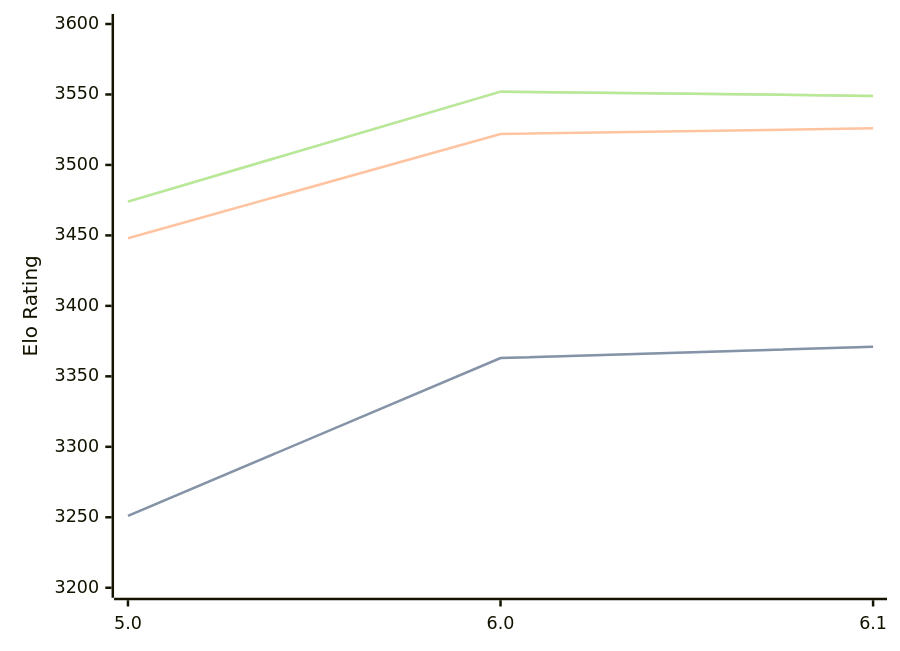
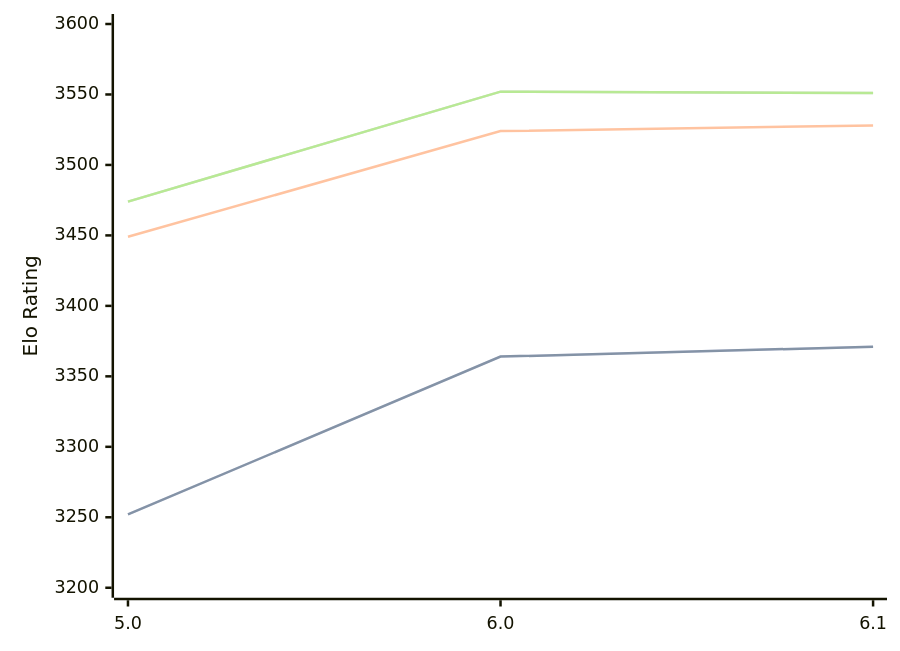
The diagram in engines/Starzix.md (computer-chess-index/cci), drawn with Mermaid before and after one commit. The commit also changed other lines of this file, not shown here.

Commit message:
Update CCI Ratings (ELO VLTC) - 2026-05-01

````diff
--- a/engines/Starzix.md
+++ b/engines/Starzix.md
@@ -37,11 +37,11 @@
 ```mermaid
 %%{init: {"theme":"base","themeVariables":{"seriesColors:['#a3a3a3','#222221','#faa371']}}}%%
 xychart-beta
   x-axis ["5.0", "6.0", "6.1"]
   y-axis "Elo Rating" 3200 --> 3600
-  line "STC (8.0+0.08s)" [3251, 3363, 3371]
-  line "STC (8.0+0.08s)" [3251, 3363, 3371]
-  line "LTC (60.0+0.60s)" [3448, 3522, 3526]
-  line "VLTC (2m24s+1.12s)" [3474, 3552, 3549]
-  line "VLTC (2m24s+1.12s)" [3474, 3552, 3549]
+  line "STC (8.0+0.08s)" [3252, 3364, 3371]
+  line "STC (8.0+0.08s)" [3252, 3364, 3371]
+  line "LTC (60.0+0.60s)" [3449, 3524, 3528]
+  line "VLTC (2m24s+1.12s)" [3474, 3552, 3551]
+  line "VLTC (2m24s+1.12s)" [3474, 3552, 3551]
 ```
````
